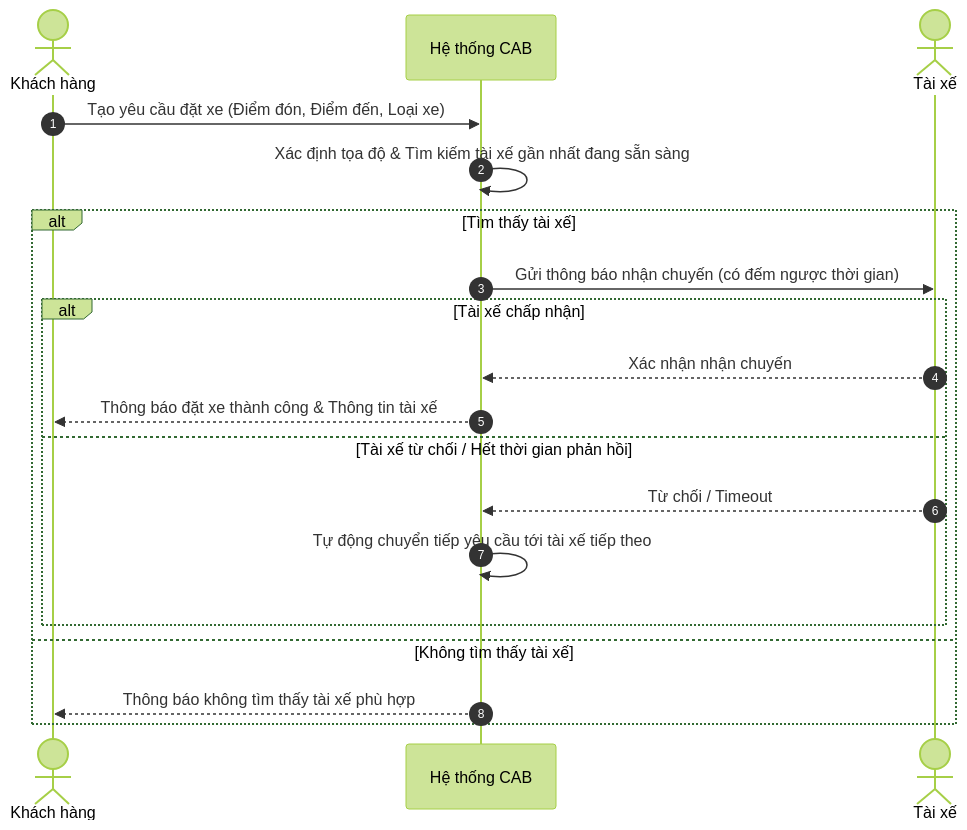
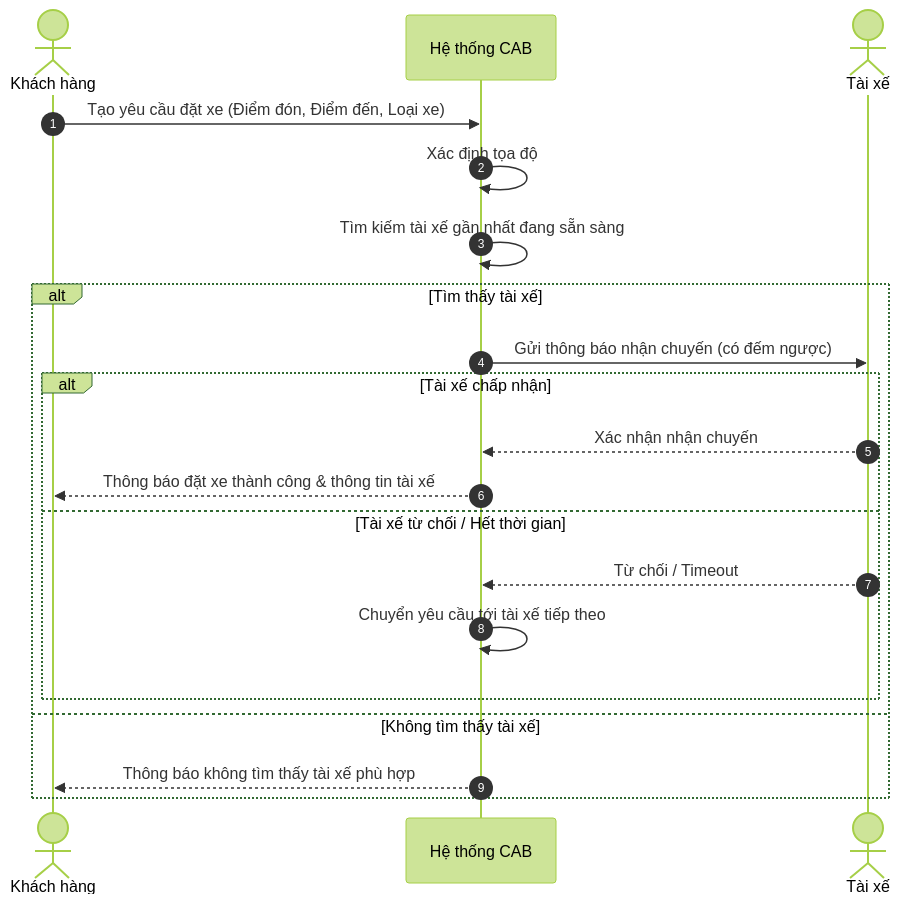
Before and after one commit to itsmeThien/23674831_NguyenQuocThien_CABSYSTEM: the second of 3 diagrams in srs.md, drawn with Mermaid (forest theme). The commit also changed other lines of this file, not shown here.

````diff
--- a/srs.md
+++ b/srs.md
@@ -87,23 +87,26 @@
 ```mermaid
 sequenceDiagram
     autonumber
     actor KH as Khách hàng
     participant HT as Hệ thống CAB
     actor TX as Tài xế
 
     KH->>HT: Tạo yêu cầu đặt xe (Điểm đón, Điểm đến, Loại xe)
-    HT->>HT: Xác định tọa độ & Tìm kiếm tài xế gần nhất đang sẵn sàng
-    
+    HT->>HT: Xác định tọa độ
+    HT->>HT: Tìm kiếm tài xế gần nhất đang sẵn sàng
+
     alt Tìm thấy tài xế
-        HT->>TX: Gửi thông báo nhận chuyến (có đếm ngược thời gian)
+        HT->>TX: Gửi thông báo nhận chuyến (có đếm ngược)
+
         alt Tài xế chấp nhận
             TX-->>HT: Xác nhận nhận chuyến
-            HT-->>KH: Thông báo đặt xe thành công & Thông tin tài xế
-        else Tài xế từ chối / Hết thời gian phản hồi
+            HT-->>KH: Thông báo đặt xe thành công & thông tin tài xế
+        else Tài xế từ chối / Hết thời gian
             TX-->>HT: Từ chối / Timeout
-            HT->>HT: Tự động chuyển tiếp yêu cầu tới tài xế tiếp theo
+            HT->>HT: Chuyển yêu cầu tới tài xế tiếp theo
         end
+
     else Không tìm thấy tài xế
         HT-->>KH: Thông báo không tìm thấy tài xế phù hợp
     end
 ```
````
